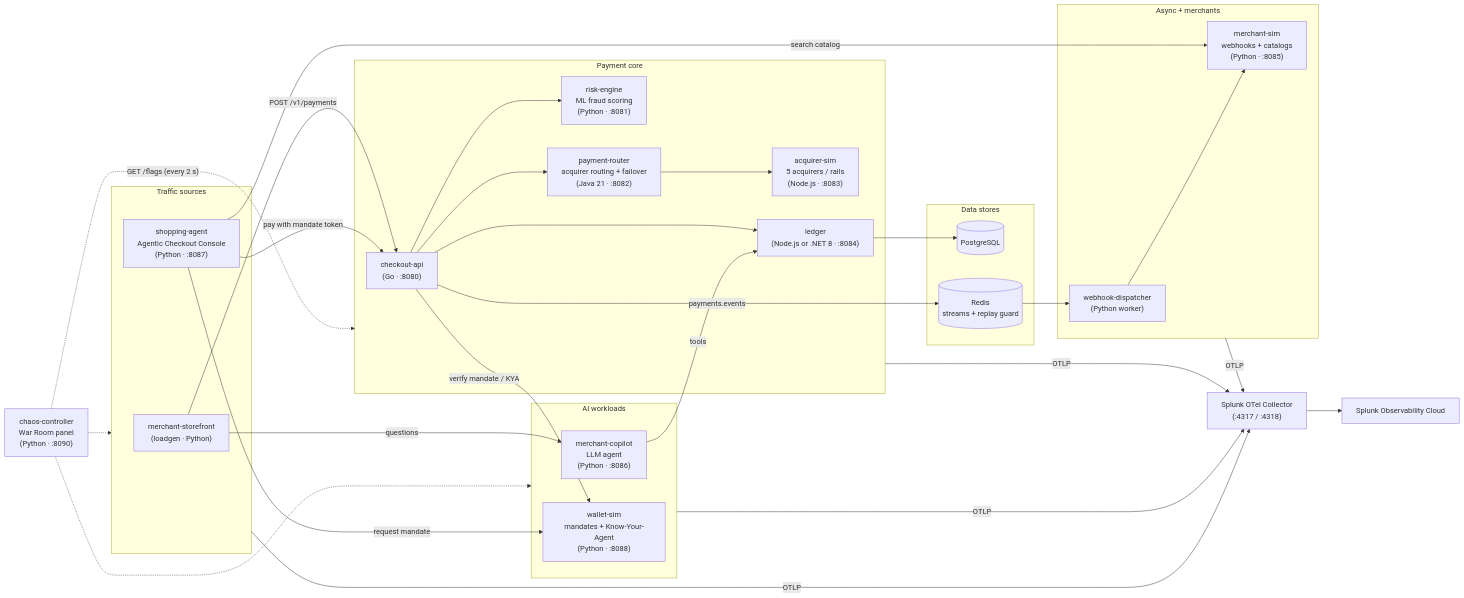
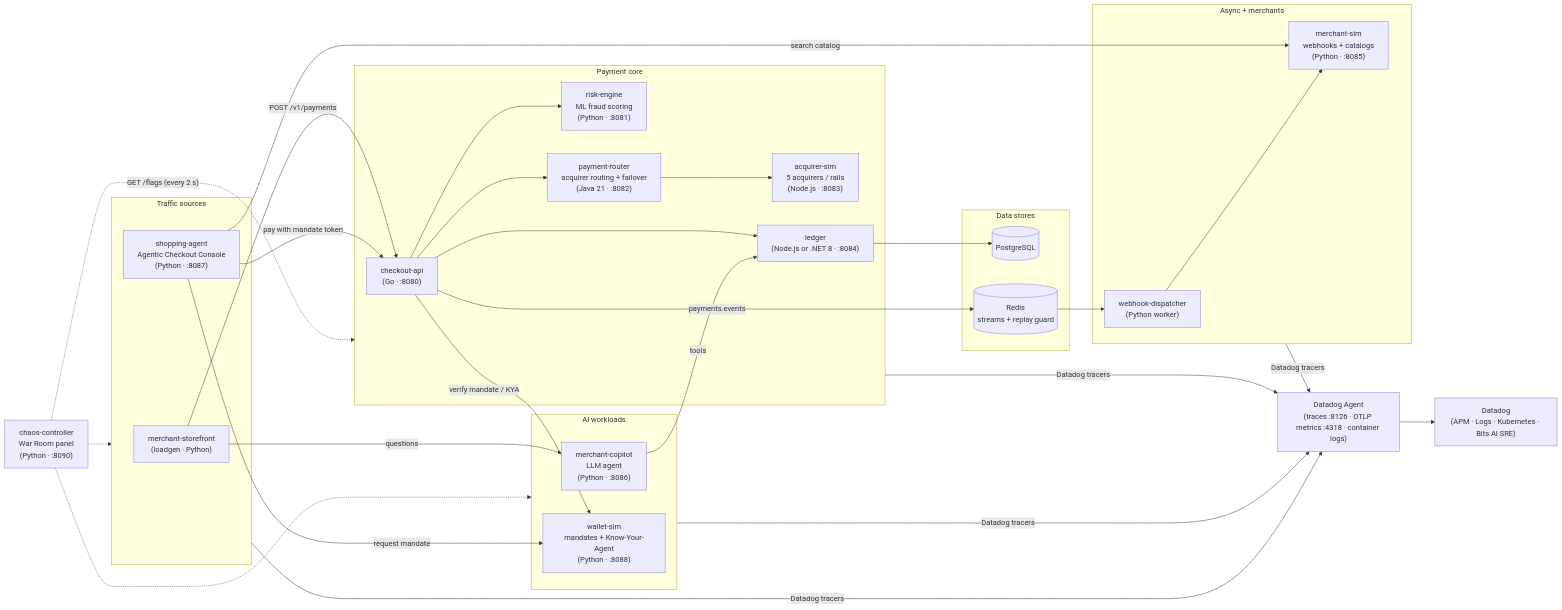
Before and after one commit to khsydney/tuktukpay-app: the first of 2 diagrams in README.md, drawn with Mermaid. The commit also changed other lines of this file and 76 other files, not shown here.

First line of the commit message:
Datadog edition: native Datadog tracers in every service, Datadog Agent on kind/EKS/Compose, monitors for Bits AI SRE

````diff
--- a/README.md
+++ b/README.md
@@ -64,52 +64,52 @@
 ```mermaid
 flowchart LR
   subgraph Traffic["Traffic sources"]
     LG["merchant-storefront<br/>(loadgen · Python)"]
     SA["shopping-agent<br/>Agentic Checkout Console<br/>(Python · :8087)"]
   end
 
   subgraph Core["Payment core"]
     CO["checkout-api<br/>(Go · :8080)"]
     RE["risk-engine<br/>ML fraud scoring<br/>(Python · :8081)"]
     PR["payment-router<br/>acquirer routing + failover<br/>(Java 21 · :8082)"]
     AQ["acquirer-sim<br/>5 acquirers / rails<br/>(Node.js · :8083)"]
     LE["ledger<br/>(Node.js or .NET 8 · :8084)"]
   end
 
   subgraph Async["Async + merchants"]
     WD["webhook-dispatcher<br/>(Python worker)"]
     MS["merchant-sim<br/>webhooks + catalogs<br/>(Python · :8085)"]
   end
 
   subgraph AI["AI workloads"]
     MC["merchant-copilot<br/>LLM agent<br/>(Python · :8086)"]
     WS["wallet-sim<br/>mandates + Know-Your-Agent<br/>(Python · :8088)"]
   end
 
   subgraph Data["Data stores"]
     PG[("PostgreSQL")]
     RD[("Redis<br/>streams + replay guard")]
   end
 
   CC["chaos-controller<br/>War Room panel<br/>(Python · :8090)"]
-  OC["Splunk OTel Collector<br/>(:4317 / :4318)"]
-  SO["Splunk Observability Cloud"]
+  OC["Datadog Agent<br/>(traces :8126 · OTLP metrics :4318 · container logs)"]
+  SO["Datadog<br/>(APM · Logs · Kubernetes · Bits AI SRE)"]
 
   LG -->|POST /v1/payments| CO
   LG -->|questions| MC
   SA -->|request mandate| WS
   SA -->|search catalog| MS
   SA -->|pay with mandate token| CO
   CO -->|verify mandate / KYA| WS
   CO --> RE
   CO --> PR --> AQ
   CO --> LE --> PG
   CO -->|payments.events| RD --> WD --> MS
   MC -->|tools| LE
 
   CC -. "GET /flags (every 2 s)" .-> Core
   CC -.-> Traffic
   CC -.-> AI
 
-  Core & Async & AI & Traffic -->|OTLP| OC --> SO
+  Core & Async & AI & Traffic -->|Datadog tracers| OC --> SO
 ```
````
